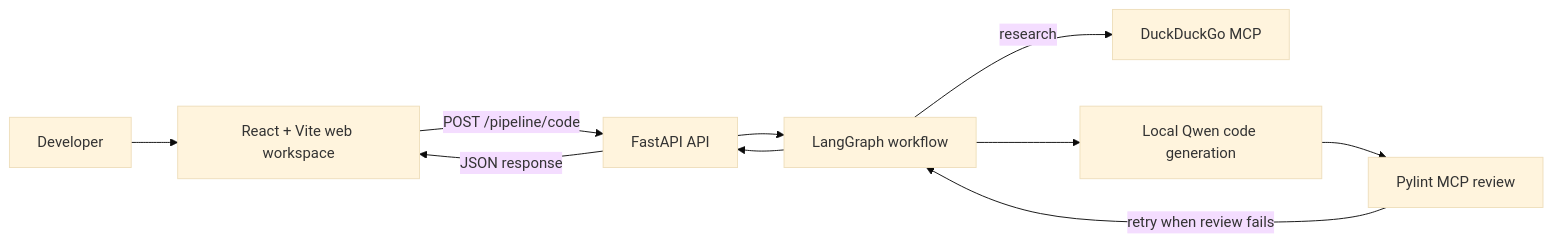
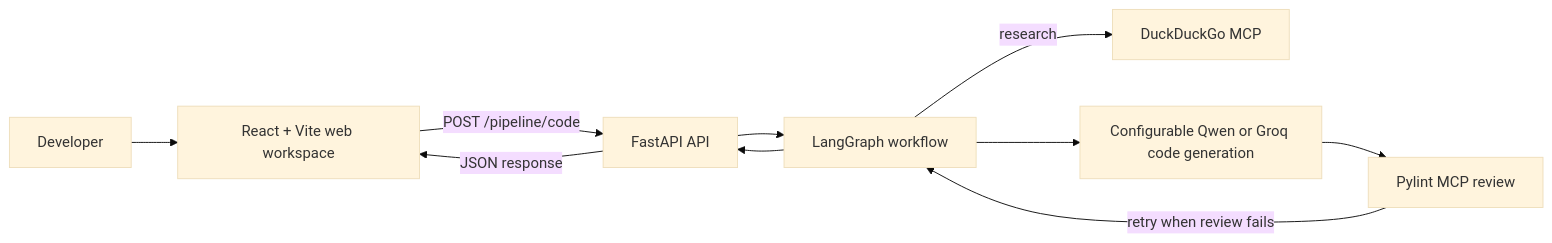
One commit to AkshayKrishna01/Agentic_Code_Pipeline changed the diagram in README.md. Above: the diagram before and after it, drawn with Mermaid (base theme). The commit also changed other lines of this file and 1 other file, not shown here.

Commit message:
Document configurable code generation modes

````diff
--- a/README.md
+++ b/README.md
@@ -55,12 +55,12 @@
 ```mermaid
 flowchart LR
     U[Developer] --> W[React + Vite web workspace]
     W -->|POST /pipeline/code| A[FastAPI API]
     A --> G[LangGraph workflow]
     G -->|research| R[DuckDuckGo MCP]
-    G --> C[Local Qwen code generation]
+    G --> C[Configurable Qwen or Groq code generation]
     C --> V[Pylint MCP review]
     V -->|retry when review fails| G
     G --> A
     A -->|JSON response| W
 ```
````
